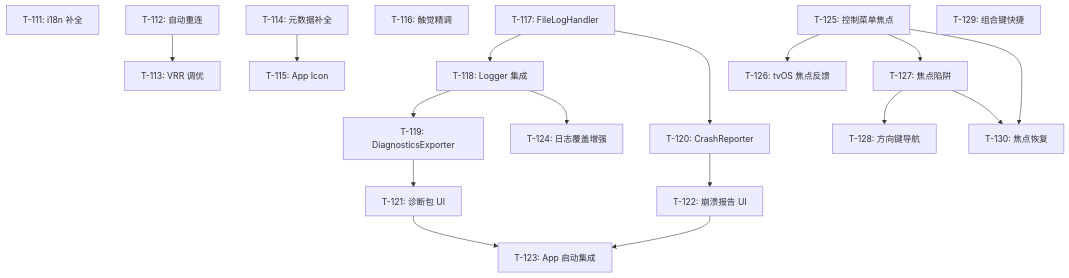
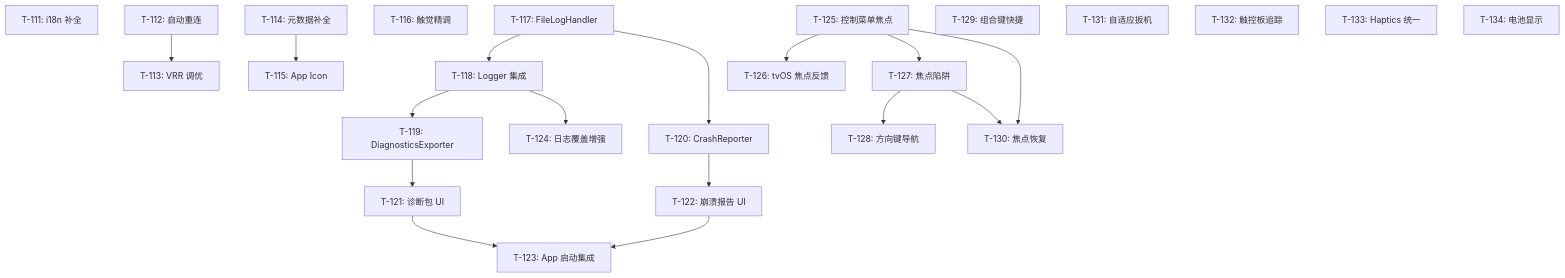
One commit to ab300819/chiaki-apple changed the diagram in docs/devdocs/04-dev-tasks.md. Above: the diagram before and after it, drawn with Mermaid. The commit also changed other lines of this file and 2 other files, not shown here.

First line of the commit message:
docs(devdocs): add F-021 GameController deep integration (T-131~T-134)

````diff
--- a/docs/devdocs/04-dev-tasks.md
+++ b/docs/devdocs/04-dev-tasks.md
@@ -413,47 +486,55 @@
 ```mermaid
 graph TD
     T111[T-111: i18n 补全]
     T112[T-112: 自动重连]
     T113[T-113: VRR 调优]
     T114[T-114: 元数据补全]
     T115[T-115: App Icon]
     T116[T-116: 触觉精调]
 
     %% 日志系统任务
     T117[T-117: FileLogHandler]
     T118[T-118: Logger 集成]
     T119[T-119: DiagnosticsExporter]
     T120[T-120: CrashReporter]
     T121[T-121: 诊断包 UI]
     T122[T-122: 崩溃报告 UI]
     T123[T-123: App 启动集成]
     T124[T-124: 日志覆盖增强]
 
     %% 原有依赖
     T112 --> T113
     T114 --> T115
 
     %% 日志系统依赖链
     T117 --> T118
     T117 --> T120
     T118 --> T119
     T118 --> T124
     T119 --> T121
     T120 --> T122
     T121 --> T123
     T122 --> T123
 
     %% 手柄操作友好化任务
     T125[T-125: 控制菜单焦点]
     T126[T-126: tvOS 焦点反馈]
     T127[T-127: 焦点陷阱]
     T128[T-128: 方向键导航]
     T129[T-129: 组合键快捷]
     T130[T-130: 焦点恢复]
 
     T125 --> T126
     T125 --> T127
     T127 --> T128
     T125 --> T130
     T127 --> T130
+
+    %% GameController 深度集成任务
+    T131[T-131: 自适应扳机]
+    T132[T-132: 触控板追踪]
+    T133[T-133: Haptics 统一]
+    T134[T-134: 电池显示]
+
+    %% T-131~T-134 无强依赖，可并行
 ```
````
